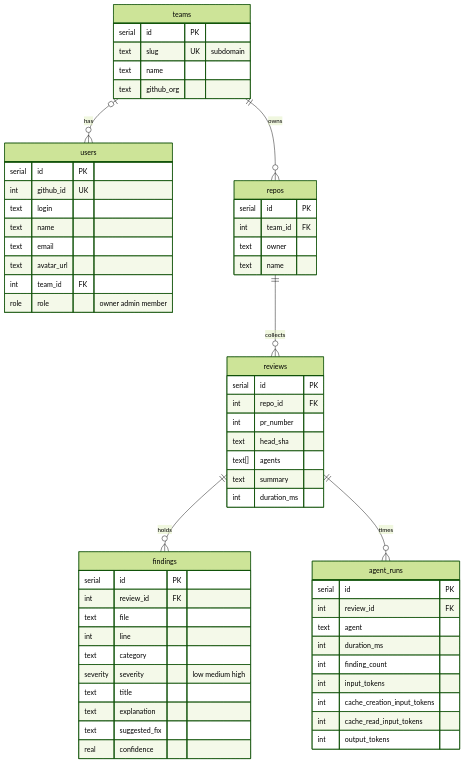
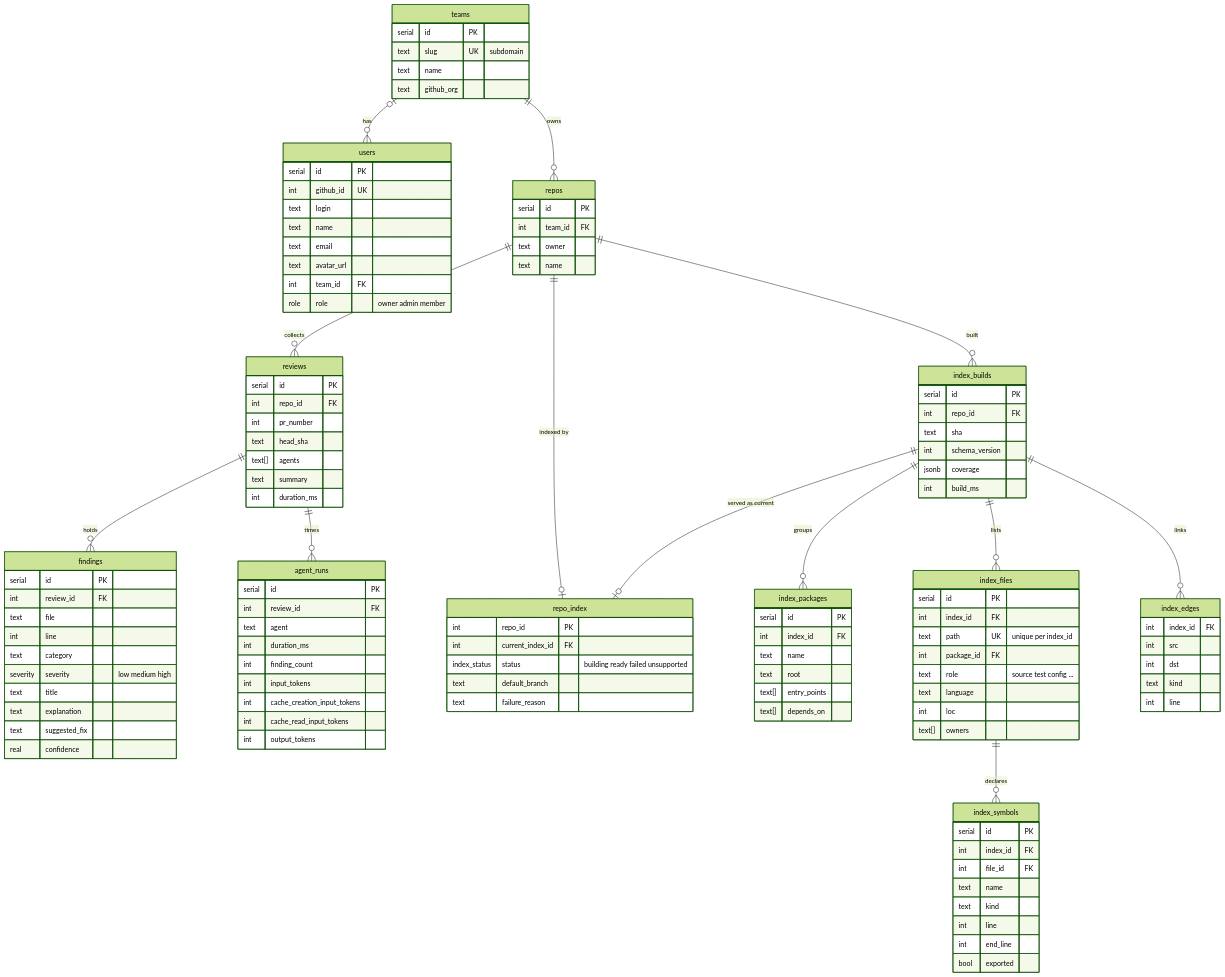
Before and after one commit to sunnyeyles/lintcat: the diagram in packages/db/README.md, drawn with Mermaid (forest theme). The commit also changed other lines of this file and 9 other files, not shown here.

````diff
--- a/packages/db/README.md
+++ b/packages/db/README.md
@@ -10,6 +10,13 @@
   repos ||--o{ reviews : "collects"
   reviews ||--o{ findings : "holds"
   reviews ||--o{ agent_runs : "times"
+  repos ||--o| repo_index : "indexed by"
+  repos ||--o{ index_builds : "built"
+  index_builds ||--o| repo_index : "served as current"
+  index_builds ||--o{ index_packages : "groups"
+  index_builds ||--o{ index_files : "lists"
+  index_files ||--o{ index_symbols : "declares"
+  index_builds ||--o{ index_edges : "links"
 
   users {
     serial id PK
@@ -65,4 +72,54 @@
     text suggested_fix
     real confidence
   }
+  repo_index {
+    int repo_id PK
+    int current_index_id FK
+    index_status status "building ready failed unsupported"
+    text default_branch
+    text failure_reason
+  }
+  index_builds {
+    serial id PK
+    int repo_id FK
+    text sha
+    int schema_version
+    jsonb coverage
+    int build_ms
+  }
+  index_packages {
+    serial id PK
+    int index_id FK
+    text name
+    text root
+    text[] entry_points
+    text[] depends_on
+  }
+  index_files {
+    serial id PK
+    int index_id FK
+    text path UK "unique per index_id"
+    int package_id FK
+    text role "source test config ..."
+    text language
+    int loc
+    text[] owners
+  }
+  index_symbols {
+    serial id PK
+    int index_id FK
+    int file_id FK
+    text name
+    text kind
+    int line
+    int end_line
+    bool exported
+  }
+  index_edges {
+    int index_id FK
+    int src
+    int dst
+    text kind
+    int line
+  }
 ```
````
